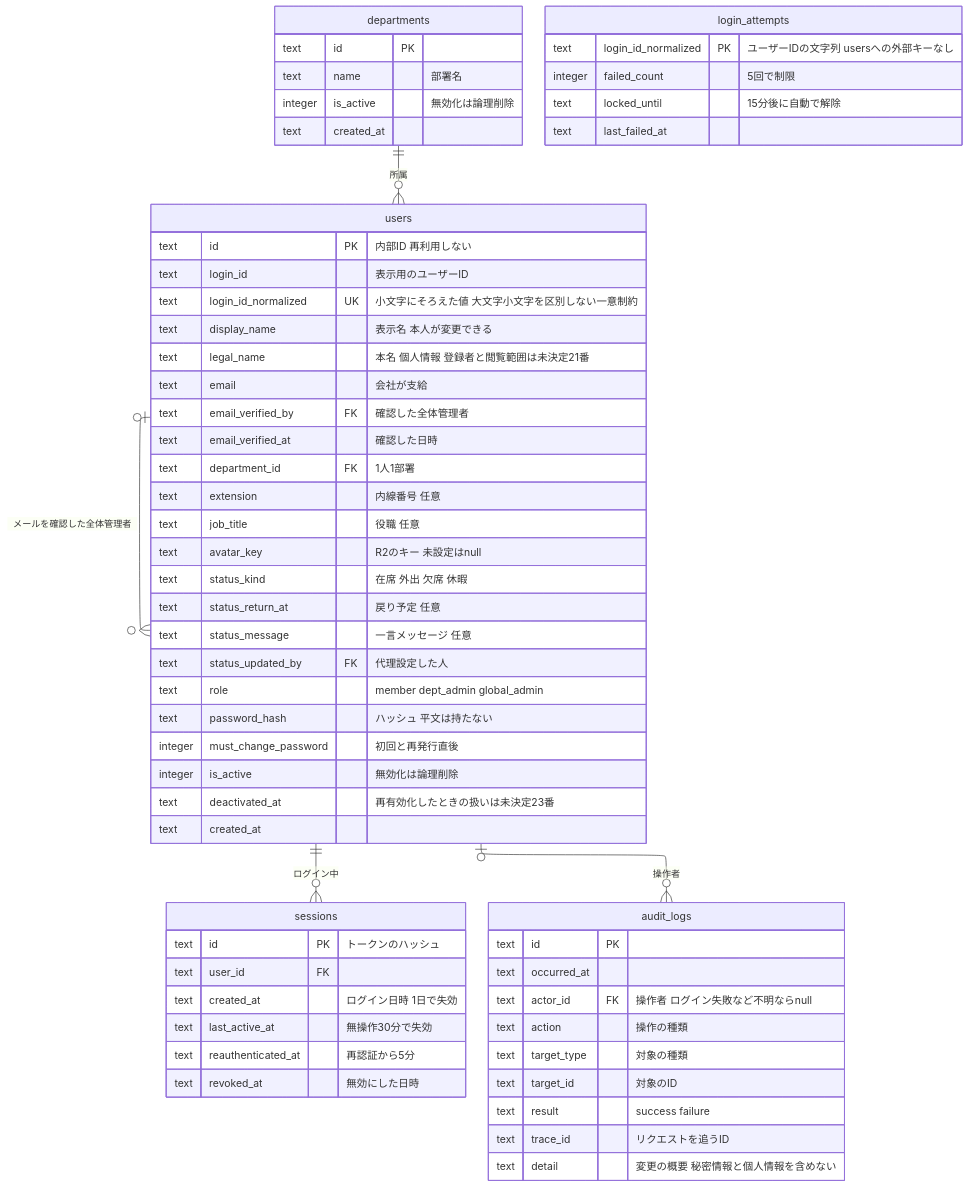
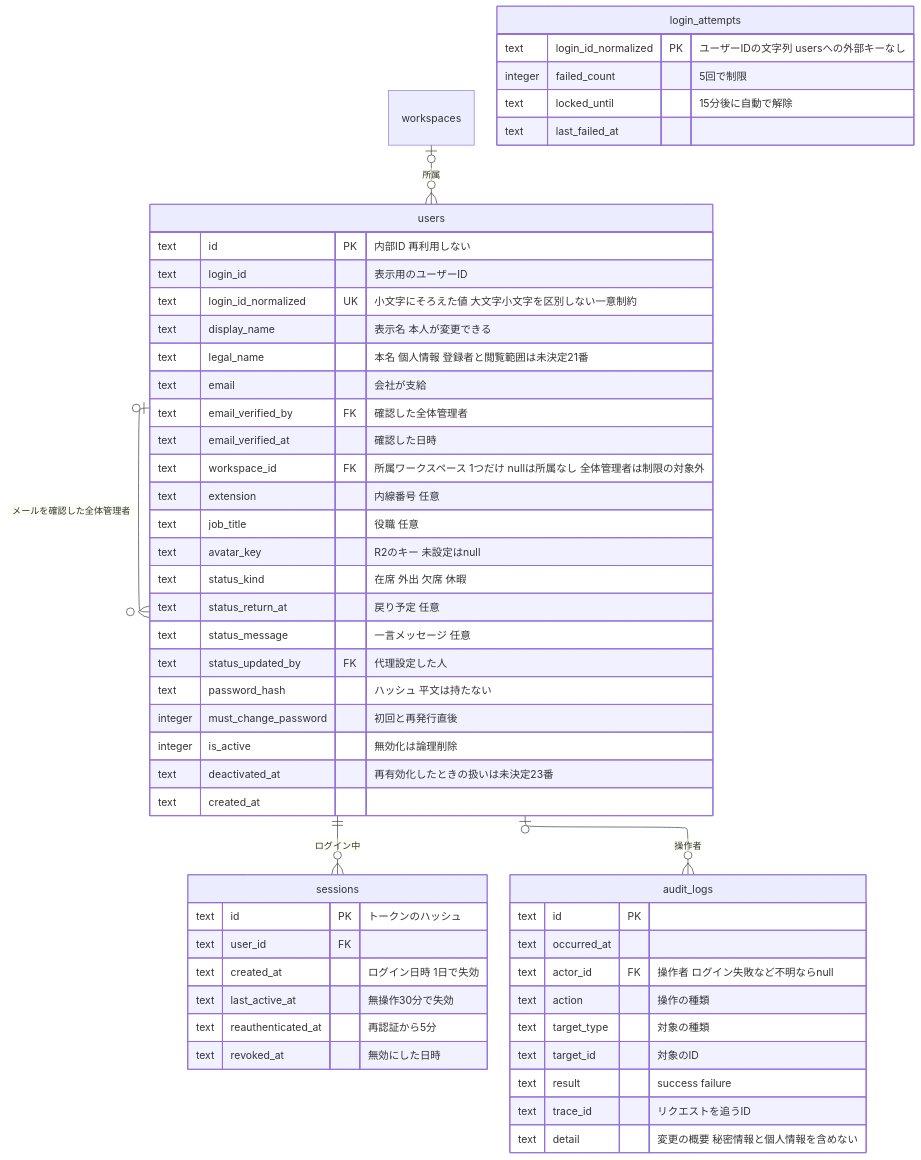
The fifth of 8 diagrams in docs/requirements/data-model.md (yamamotonaoki3/internal-system), drawn with Mermaid before and after one commit. The commit also changed other lines of this file, not shown here.

````diff
--- a/docs/requirements/data-model.md
+++ b/docs/requirements/data-model.md
@@ -111,67 +124,60 @@
 ```mermaid
 ---
 config:
   layout: elk
 ---
 erDiagram
-    departments ||--o{ users : "所属"
+    workspaces |o--o{ users : "所属"
     users ||--o{ sessions : "ログイン中"
     users |o--o{ audit_logs : "操作者"
     users |o--o{ users : "メールを確認した全体管理者"
 
-    departments {
-        text id PK
-        text name "部署名"
-        integer is_active "無効化は論理削除"
-        text created_at
-    }
     users {
         text id PK "内部ID 再利用しない"
         text login_id "表示用のユーザーID"
         text login_id_normalized UK "小文字にそろえた値 大文字小文字を区別しない一意制約"
         text display_name "表示名 本人が変更できる"
         text legal_name "本名 個人情報 登録者と閲覧範囲は未決定21番"
         text email "会社が支給"
         text email_verified_by FK "確認した全体管理者"
         text email_verified_at "確認した日時"
-        text department_id FK "1人1部署"
+        text workspace_id FK "所属ワークスペース 1つだけ nullは所属なし 全体管理者は制限の対象外"
         text extension "内線番号 任意"
         text job_title "役職 任意"
         text avatar_key "R2のキー 未設定はnull"
         text status_kind "在席 外出 欠席 休暇"
         text status_return_at "戻り予定 任意"
         text status_message "一言メッセージ 任意"
         text status_updated_by FK "代理設定した人"
-        text role "member dept_admin global_admin"
         text password_hash "ハッシュ 平文は持たない"
         integer must_change_password "初回と再発行直後"
         integer is_active "無効化は論理削除"
         text deactivated_at "再有効化したときの扱いは未決定23番"
         text created_at
     }
     sessions {
         text id PK "トークンのハッシュ"
         text user_id FK
         text created_at "ログイン日時 1日で失効"
         text last_active_at "無操作30分で失効"
         text reauthenticated_at "再認証から5分"
         text revoked_at "無効にした日時"
     }
     login_attempts {
         text login_id_normalized PK "ユーザーIDの文字列 usersへの外部キーなし"
         integer failed_count "5回で制限"
         text locked_until "15分後に自動で解除"
         text last_failed_at
     }
     audit_logs {
         text id PK
         text occurred_at
         text actor_id FK "操作者 ログイン失敗など不明ならnull"
         text action "操作の種類"
         text target_type "対象の種類"
         text target_id "対象のID"
         text result "success failure"
         text trace_id "リクエストを追うID"
         text detail "変更の概要 秘密情報と個人情報を含めない"
     }
 ```
````
